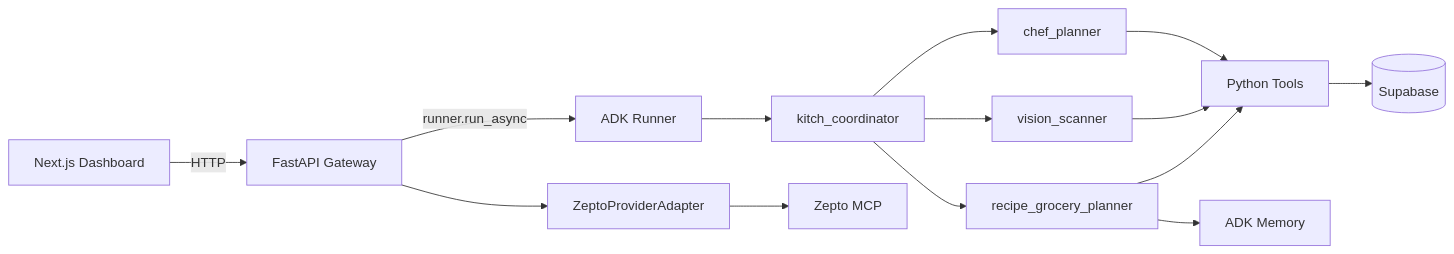
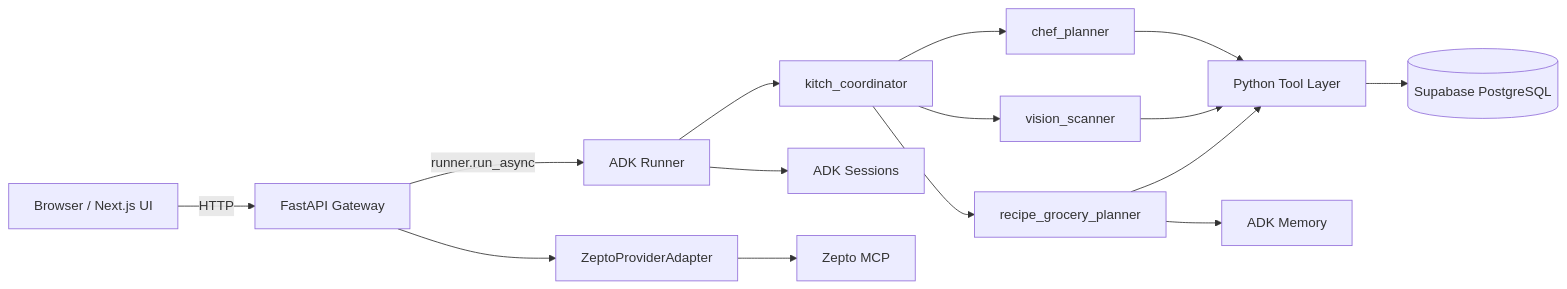
Before and after one commit to architworks/meal_and_grocery_agent: the first of 2 diagrams in docs/current_architecture.md, drawn with Mermaid. The commit also changed other lines of this file and 7 other files, not shown here.

````diff
--- a/docs/current_architecture.md
+++ b/docs/current_architecture.md
@@ -13,16 +25,20 @@
 ```mermaid
 flowchart LR
-    Frontend[Next.js Dashboard] -->|HTTP| API[FastAPI Gateway]
+    Browser[Browser / Next.js UI] -->|HTTP| API[FastAPI Gateway]
     API -->|runner.run_async| Runner[ADK Runner]
     Runner --> Coordinator[kitch_coordinator]
     Coordinator --> Chef[chef_planner]
     Coordinator --> Vision[vision_scanner]
     Coordinator --> RecipeGrocery[recipe_grocery_planner]
-    Chef --> Tools[Python Tools]
+
+    Chef --> Tools[Python Tool Layer]
     Vision --> Tools
     RecipeGrocery --> Tools
-    Tools --> Supabase[(Supabase)]
+
+    Tools --> Supabase[(Supabase PostgreSQL)]
     RecipeGrocery --> Memory[ADK Memory]
-    API --> Zepto[ZeptoProviderAdapter]
-    Zepto --> ZeptoMCP[Zepto MCP]
+    Runner --> Sessions[ADK Sessions]
+
+    API --> ZeptoAdapter[ZeptoProviderAdapter]
+    ZeptoAdapter --> ZeptoMCP[Zepto MCP]
 ```
````
